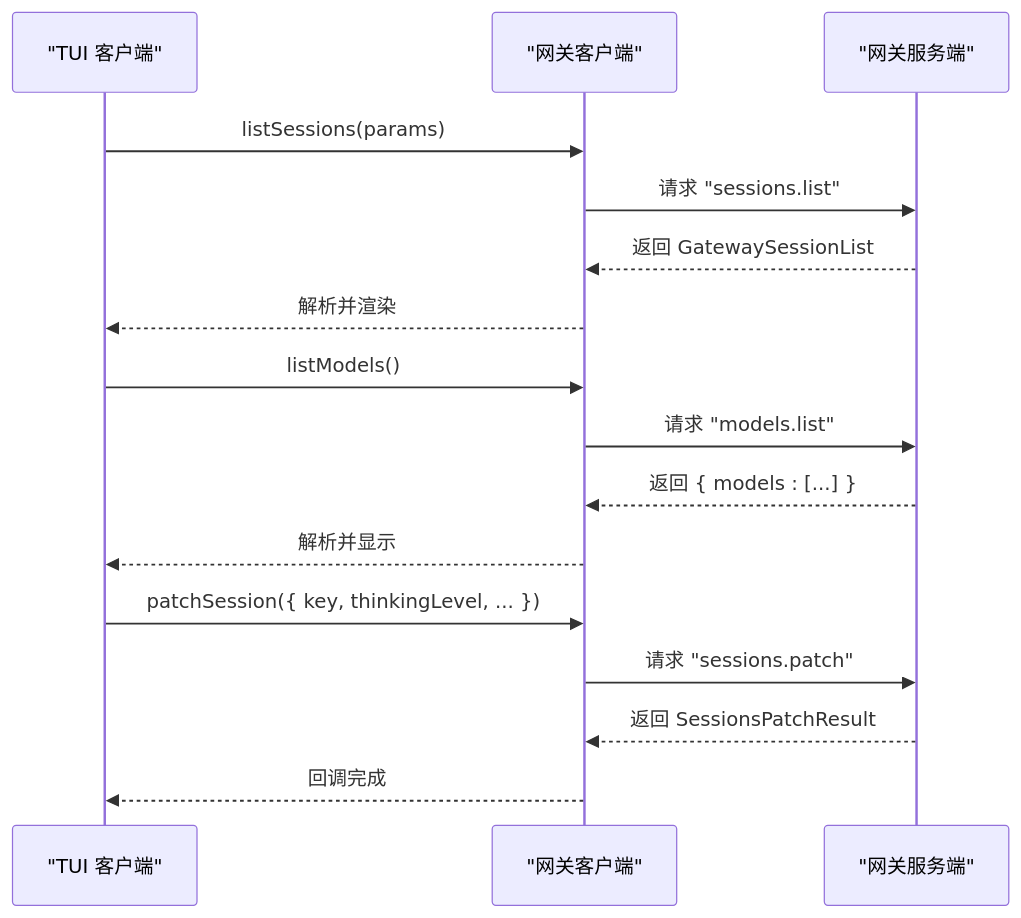
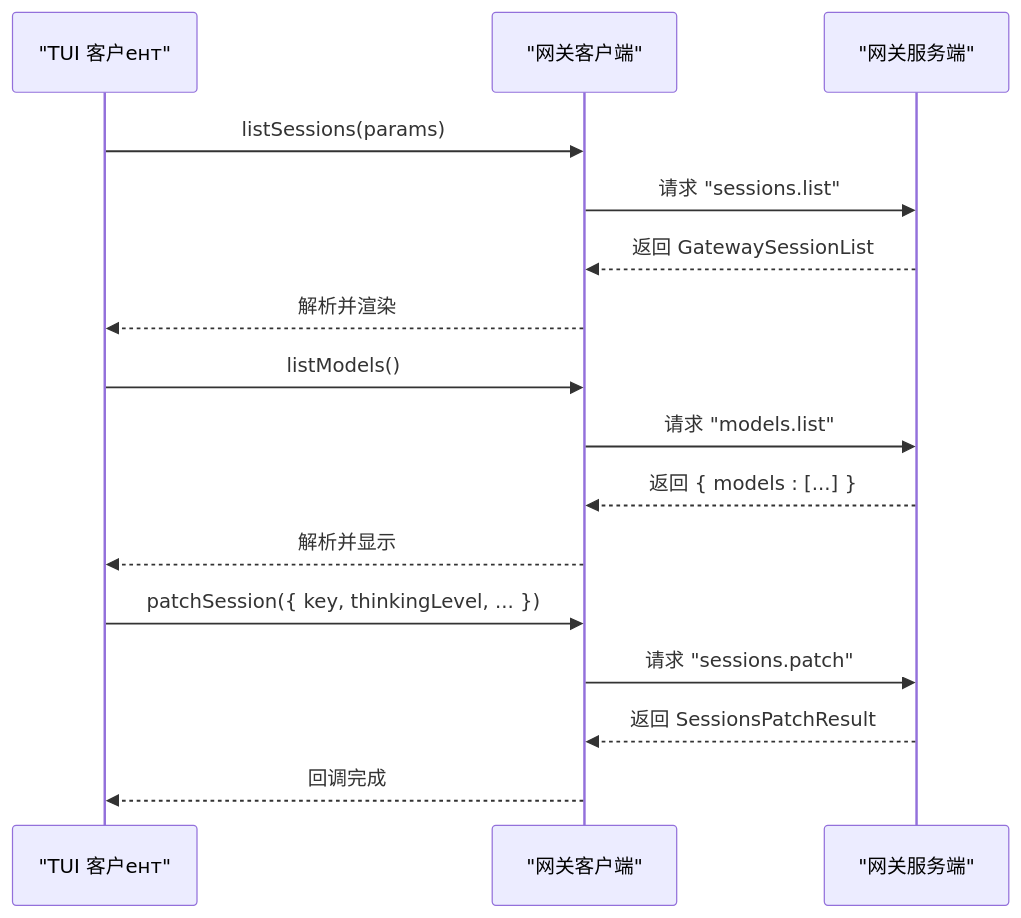
One commit to verse-ai-org/openclaw changed the fourth of 14 diagrams in .qoder/repowiki/zh/content/核心概念/核心概念.md. Above: the diagram before and after it, drawn with Mermaid. The commit also changed other lines of this file and 41 other files, not shown here.

````diff
--- a/.qoder/repowiki/zh/content/核心概念/核心概念.md
+++ b/.qoder/repowiki/zh/content/核心概念/核心概念.md
@@ -173,18 +227,18 @@
 ```mermaid
 sequenceDiagram
-participant TUI as "TUI 客户端"
+participant TUI as "TUI 客户ент"
 participant GC as "网关客户端"
 participant GS as "网关服务端"
 TUI->>GC : listSessions(params)
 GC->>GS : 请求 "sessions.list"
 GS-->>GC : 返回 GatewaySessionList
 GC-->>TUI : 解析并渲染
 TUI->>GC : listModels()
 GC->>GS : 请求 "models.list"
 GS-->>GC : 返回 { models : [...] }
 GC-->>TUI : 解析并显示
 TUI->>GC : patchSession({ key, thinkingLevel, ... })
 GC->>GS : 请求 "sessions.patch"
 GS-->>GC : 返回 SessionsPatchResult
 GC-->>TUI : 回调完成
 ```
````
